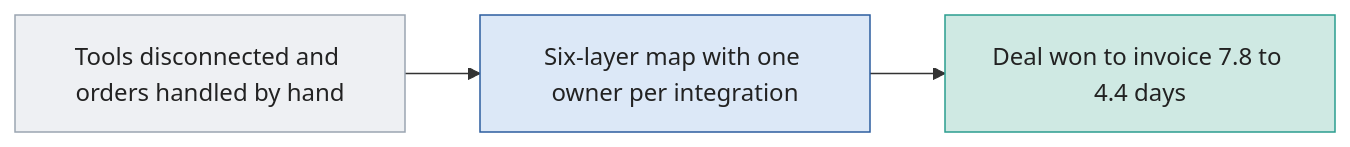
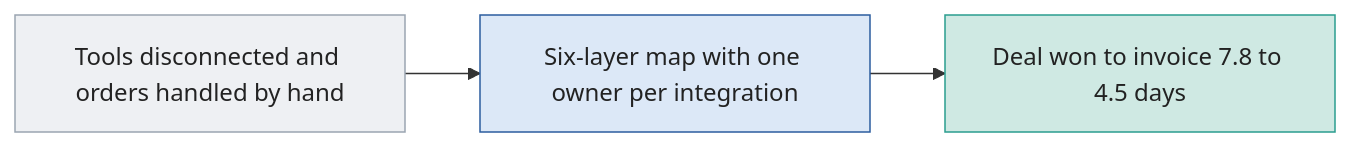
One commit to rbanola1/RevOps-Portfolio changed the first of 2 diagrams in 07-commercial-systems-architecture/README.md. Above: the diagram before and after it, drawn with Mermaid. The commit also changed other lines of this file and 64 other files, not shown here.

````diff
--- a/07-commercial-systems-architecture/README.md
+++ b/07-commercial-systems-architecture/README.md
@@ -8,10 +8,10 @@
 ```mermaid
 flowchart LR
-    A["Tools disconnected and orders handled by hand"] --> B["Six-layer map with one owner per integration"] --> C["Deal won to invoice 7.8 to 4.4 days"]
+    A["Tools disconnected and orders handled by hand"] --> B["Six-layer map with one owner per integration"] --> C["Deal won to invoice 7.8 to 4.5 days"]
     classDef p fill:#EEF0F3,stroke:#9AA5B1,color:#222
     classDef b fill:#DCE8F7,stroke:#2B5C9E,color:#222
     classDef r fill:#CFE9E3,stroke:#2A9D8F,color:#222
     class A p
     class B b
     class C r
 ```
````
